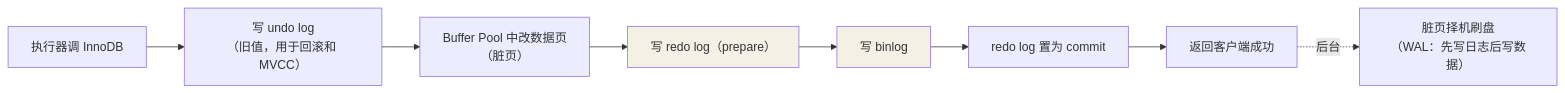
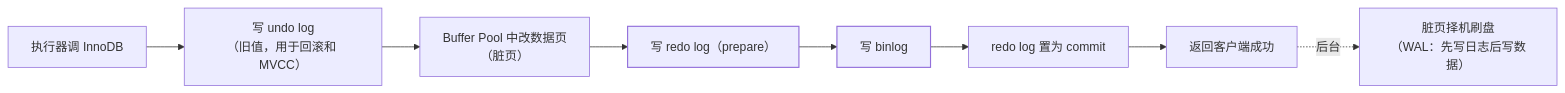
One commit to Loadhao/ascension changed the second of 2 diagrams in src/content/docs/mysql/basic/core/01-sql-execution.md. Above: the diagram before and after it, drawn with Mermaid. The commit also changed other lines of this file and 87 other files, not shown here.

First line of the commit message:
fix: 全站图表配色改由主题接管，修复暗色主题下浅底浅字看不清

````diff
--- a/src/content/docs/mysql/basic/core/01-sql-execution.md
+++ b/src/content/docs/mysql/basic/core/01-sql-execution.md
@@ -61,13 +62,14 @@
 ```mermaid
 flowchart LR
     A["执行器调 InnoDB"] --> B["写 undo log<br/>（旧值，用于回滚和 MVCC）"]
     B --> C["Buffer Pool 中改数据页<br/>（脏页）"]
     C --> D["写 redo log（prepare）"]
     D --> E["写 binlog"]
     E --> F["redo log 置为 commit"]
     F --> G["返回客户端成功"]
     G -.后台.-> H["脏页择机刷盘<br/>（WAL：先写日志后写数据）"]
 
-    style D fill:#f5f0e6
-    style E fill:#f5f0e6
+    class D hl
+    class E hl
+    classDef hl stroke-width:1.5px
 ```
````
